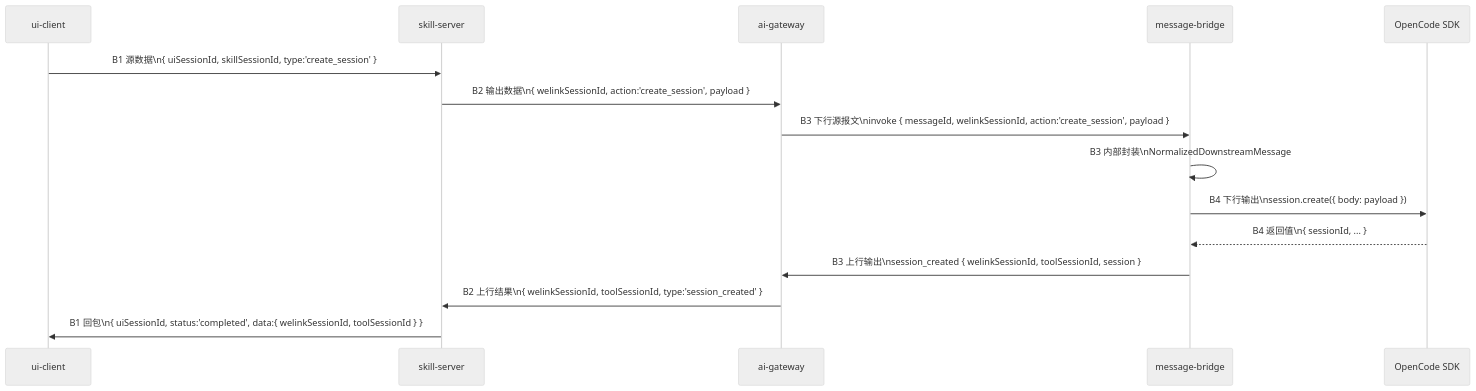
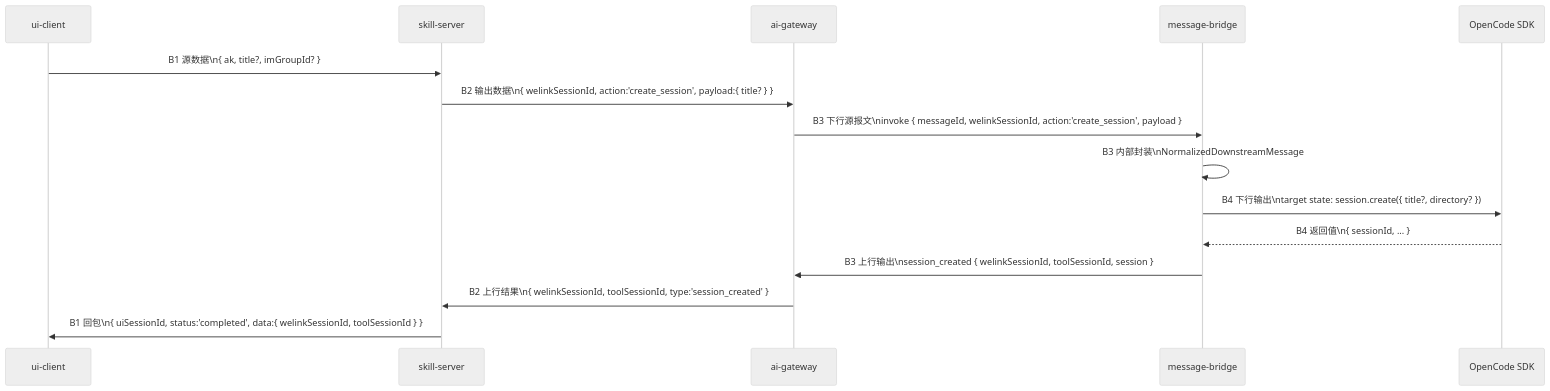
Before and after one commit to yuzhangCZ/agent-plugin: the third of 5 diagrams in plugins/message-bridge/docs/design/interfaces/end-to-end-message-flow.md, drawn with Mermaid (neutral theme). The commit also changed other lines of this file and 41 other files, not shown here.

Commit message:
feat(message-bridge): align directory context and smoke docs

````diff
--- a/plugins/message-bridge/docs/design/interfaces/end-to-end-message-flow.md
+++ b/plugins/message-bridge/docs/design/interfaces/end-to-end-message-flow.md
@@ -891,18 +887,18 @@
 ```mermaid
 sequenceDiagram
   participant UI as ui-client
   participant SKILL as skill-server
   participant GW as ai-gateway
   participant BRIDGE as message-bridge
   participant SDK as OpenCode SDK
 
-  UI->>SKILL: B1 源数据\n{ uiSessionId, skillSessionId, type:'create_session' }
-  SKILL->>GW: B2 输出数据\n{ welinkSessionId, action:'create_session', payload }
+  UI->>SKILL: B1 源数据\n{ ak, title?, imGroupId? }
+  SKILL->>GW: B2 输出数据\n{ welinkSessionId, action:'create_session', payload:{ title? } }
   GW->>BRIDGE: B3 下行源报文\ninvoke { messageId, welinkSessionId, action:'create_session', payload }
   BRIDGE->>BRIDGE: B3 内部封装\nNormalizedDownstreamMessage
-  BRIDGE->>SDK: B4 下行输出\nsession.create({ body: payload })
+  BRIDGE->>SDK: B4 下行输出\ntarget state: session.create({ title?, directory? })
   SDK-->>BRIDGE: B4 返回值\n{ sessionId, ... }
   BRIDGE->>GW: B3 上行输出\nsession_created { welinkSessionId, toolSessionId, session }
   GW->>SKILL: B2 上行结果\n{ welinkSessionId, toolSessionId, type:'session_created' }
   SKILL->>UI: B1 回包\n{ uiSessionId, status:'completed', data:{ welinkSessionId, toolSessionId } }
 ```
````
